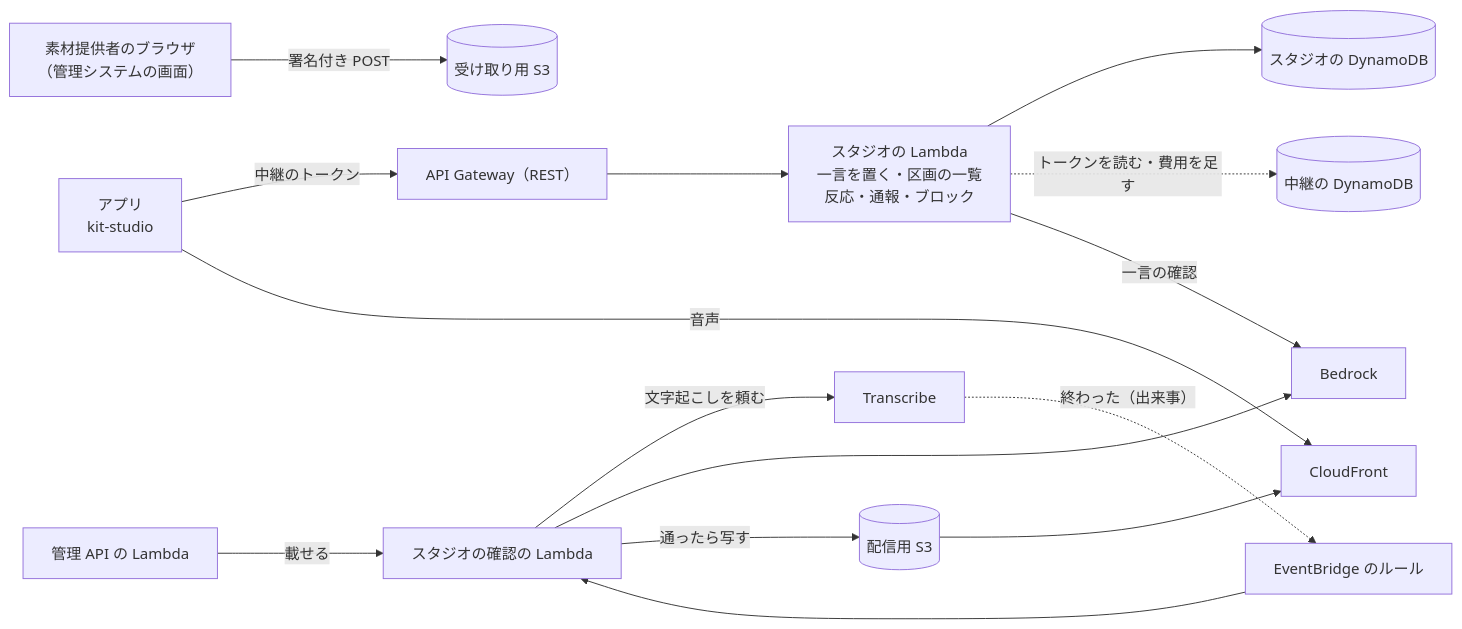
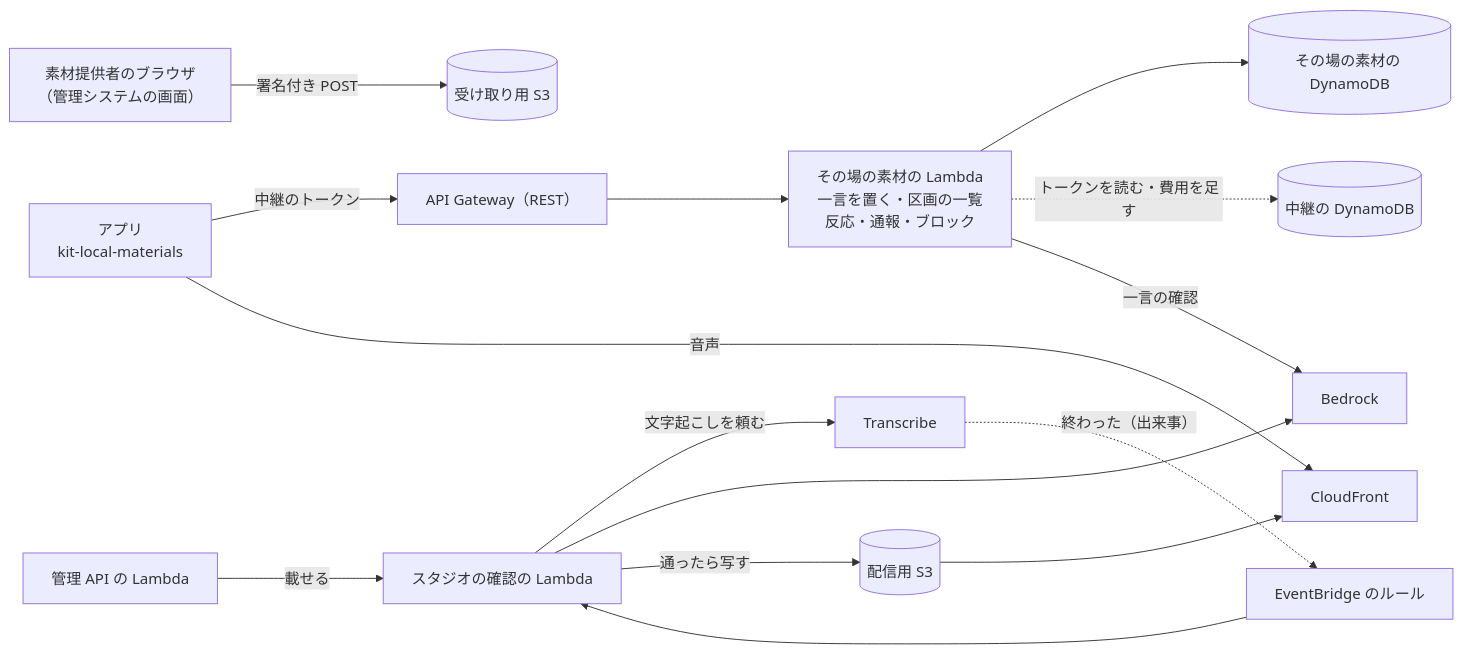
One commit to duwenji/yorisoi-tutorial changed the diagram in 08-aws/12-studio.md. Above: the diagram before and after it, drawn with Mermaid. The commit also changed other lines of this file and 8 other files, not shown here.

````diff
--- a/08-aws/12-studio.md
+++ b/08-aws/12-studio.md
@@ -20,14 +20,14 @@
 ```mermaid
 flowchart LR
-    APP["アプリ<br/>kit-studio"] -->|"中継のトークン"| API["API Gateway（REST）"] --> FN["スタジオの Lambda<br/>一言を置く・区画の一覧<br/>反応・通報・ブロック"]
-    FN --> T[("スタジオの DynamoDB")]
+    APP["アプリ<br/>kit-local-materials"] -->|"中継のトークン"| API["API Gateway（REST）"] --> FN["その場の素材の Lambda<br/>一言を置く・区画の一覧<br/>反応・通報・ブロック"]
+    FN --> T[("その場の素材の DynamoDB")]
     FN -. "トークンを読む・費用を足す" .-> RT[("中継の DynamoDB")]
     FN -->|"一言の確認"| BR["Bedrock"]
     PUB["素材提供者のブラウザ<br/>（管理システムの画面）"] -->|"署名付き POST"| IN[("受け取り用 S3")]
     CON["管理 API の Lambda"] -->|"載せる"| CHK["スタジオの確認の Lambda"]
     CHK -->|"文字起こしを頼む"| TR["Transcribe"]
     TR -. "終わった（出来事）" .-> EB["EventBridge のルール"] --> CHK
     CHK --> BR
     CHK -->|"通ったら写す"| AU[("配信用 S3")] --> CF["CloudFront"]
     APP -->|"音声"| CF
 ```
````
